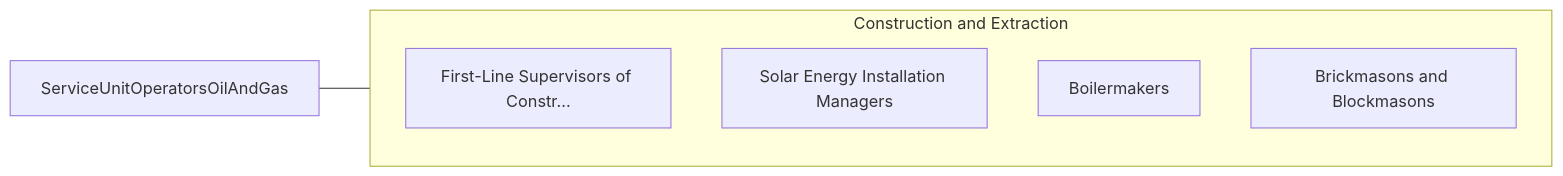
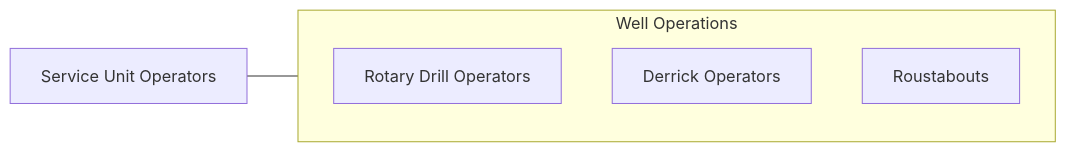
Before and after one commit to kziemski/business.org.ai: the fourth of 4 diagrams in occupations/Construction/ServiceUnitOperatorsOilAndGas.mdx, drawn with Mermaid. The commit also changed other lines of this file and 938 other files, not shown here.

````diff
--- a/occupations/Construction/ServiceUnitOperatorsOilAndGas.mdx
+++ b/occupations/Construction/ServiceUnitOperatorsOilAndGas.mdx
@@ -105,13 +139,10 @@
 ```mermaid
 graph LR
-    Current["ServiceUnitOperatorsOilAndGas"]
-
-    subgraph SameCategory["Construction and Extraction"]
-        FirstLineSupervisors["First-Line Supervisors of Constr..."]
-        SolarEnergyInstallat["Solar Energy Installation Managers"]
-        Boilermakers["Boilermakers"]
-        BrickmasonsAndBlockm["Brickmasons and Blockmasons"]
+    Current["Service Unit Operators"]
+    subgraph Same["Well Operations"]
+        Rotary["Rotary Drill Operators"]
+        Derrick["Derrick Operators"]
+        Roustabout["Roustabouts"]
     end
-
-    Current --- SameCategory
+    Current --- Same
 ```
````
